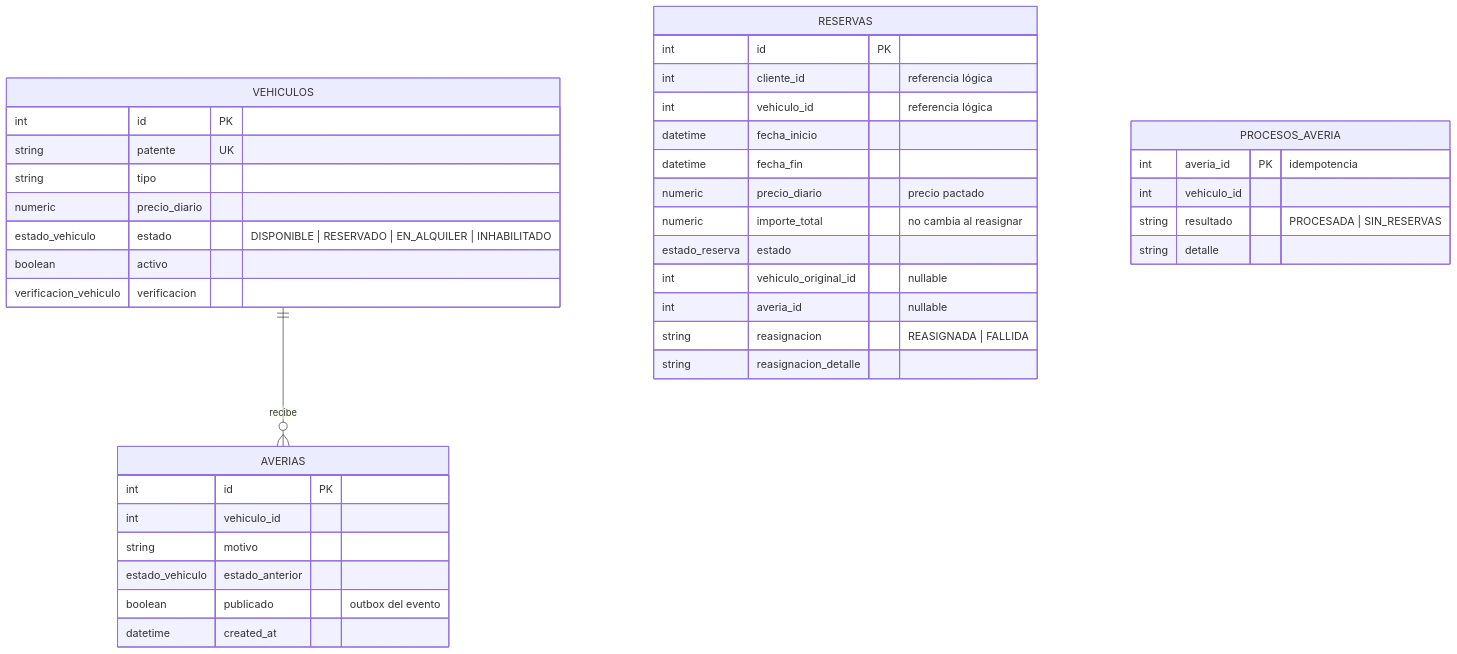
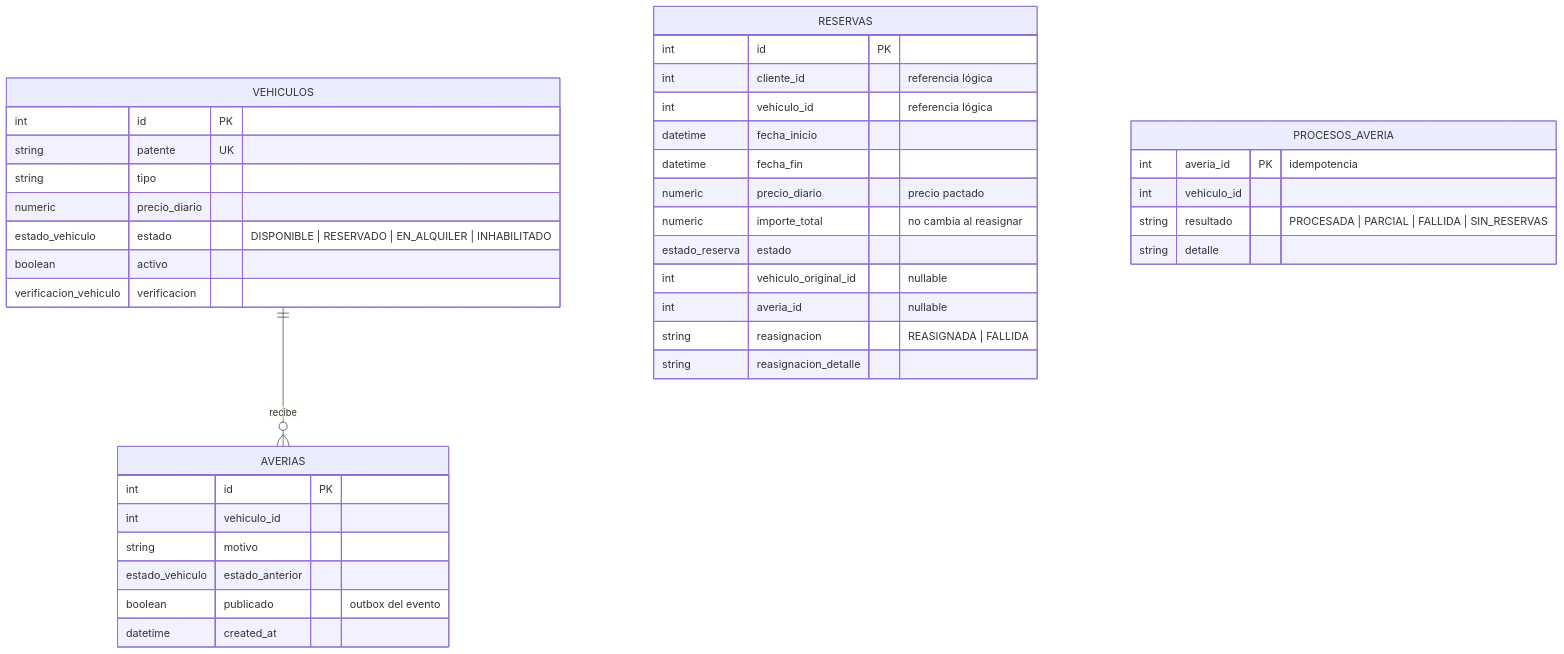
One commit to gomezrob17/sistema-rentar changed the second of 4 diagrams in docs/recuperatorio-averias.md. Above: the diagram before and after it, drawn with Mermaid. The commit also changed other lines of this file and 2 other files, not shown here.

````diff
--- a/docs/recuperatorio-averias.md
+++ b/docs/recuperatorio-averias.md
@@ -100,41 +100,41 @@
 ```mermaid
 erDiagram
     VEHICULOS ||--o{ AVERIAS : "recibe"
     VEHICULOS {
         int id PK
         string patente UK
         string tipo
         numeric precio_diario
         estado_vehiculo estado "DISPONIBLE | RESERVADO | EN_ALQUILER | INHABILITADO"
         boolean activo
         verificacion_vehiculo verificacion
     }
     AVERIAS {
         int id PK
         int vehiculo_id
         string motivo
         estado_vehiculo estado_anterior
         boolean publicado "outbox del evento"
         datetime created_at
     }
     RESERVAS {
         int id PK
         int cliente_id "referencia lógica"
         int vehiculo_id "referencia lógica"
         datetime fecha_inicio
         datetime fecha_fin
         numeric precio_diario "precio pactado"
         numeric importe_total "no cambia al reasignar"
         estado_reserva estado
         int vehiculo_original_id "nullable"
         int averia_id "nullable"
         string reasignacion "REASIGNADA | FALLIDA"
         string reasignacion_detalle
     }
     PROCESOS_AVERIA {
         int averia_id PK "idempotencia"
         int vehiculo_id
-        string resultado "PROCESADA | SIN_RESERVAS"
+        string resultado "PROCESADA | PARCIAL | FALLIDA | SIN_RESERVAS"
         string detalle
     }
 ```
````
